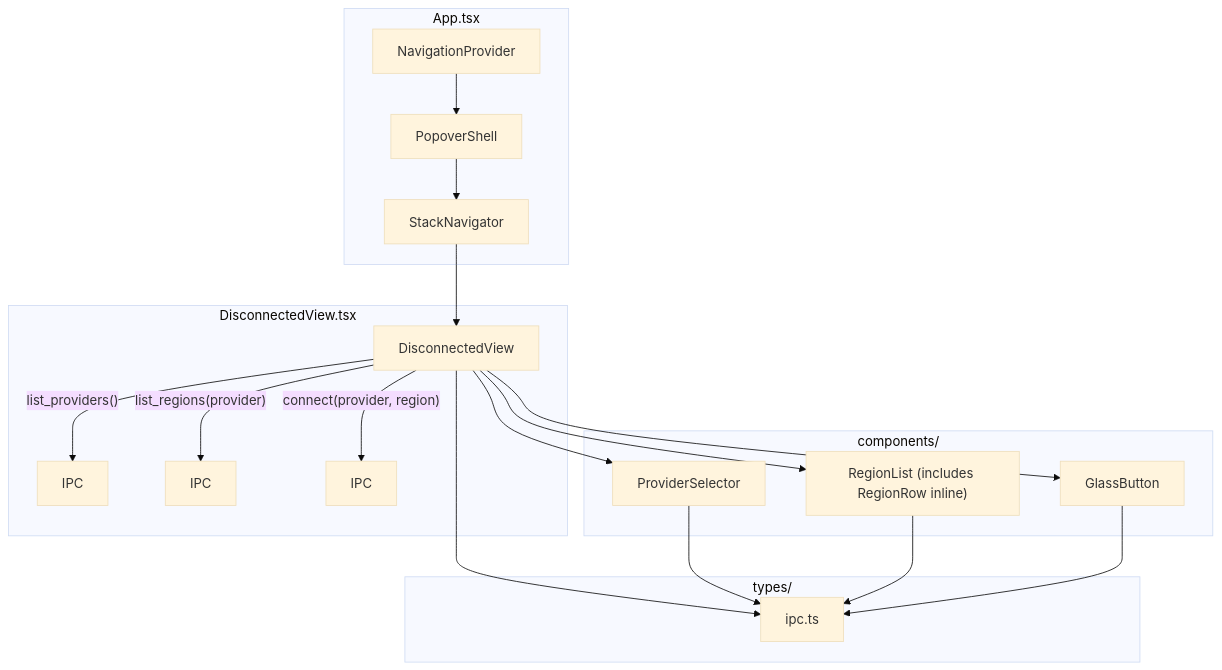
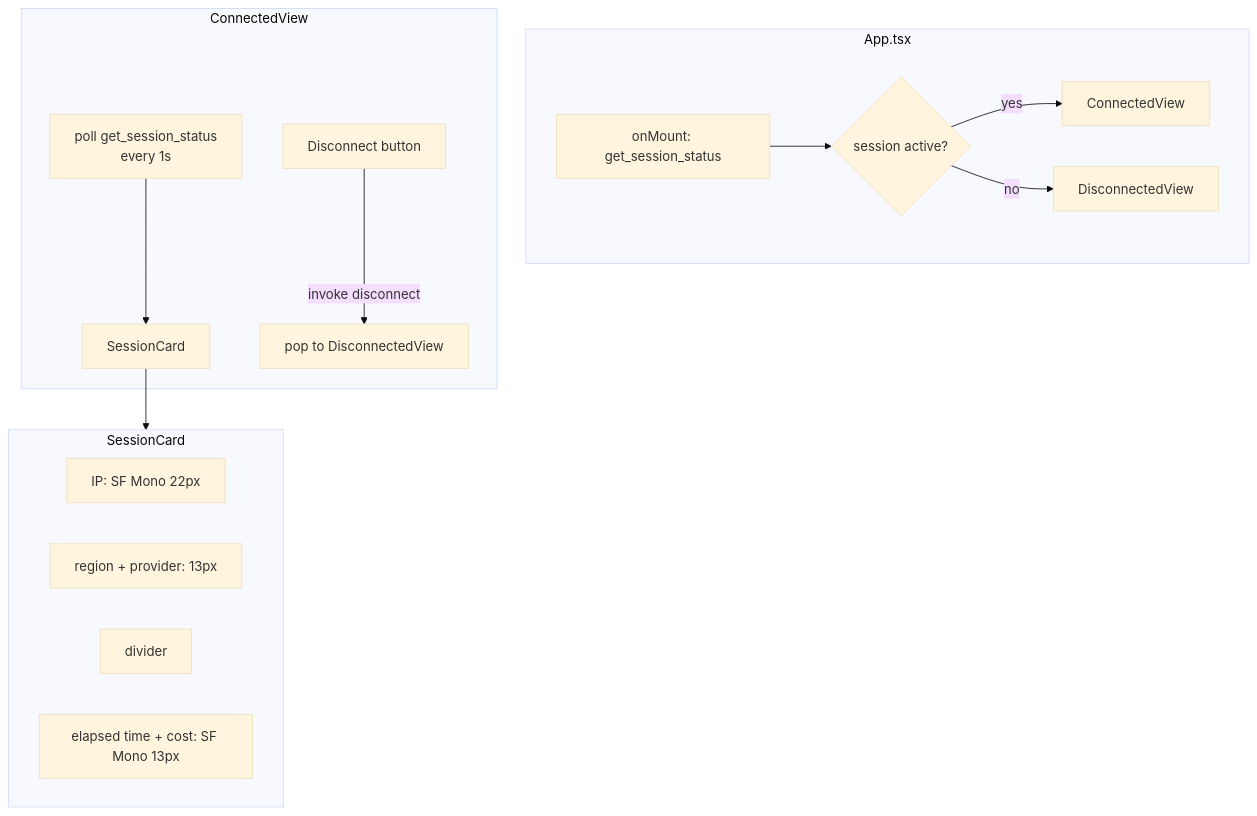
The diagram in PLAN.md (saemanas/oh-my-vpn), drawn with Mermaid (base theme) before and after one commit. The commit also changed other lines of this file and 12 other files, not shown here.

First line of the commit message:
feat(ui): add connected view with session card and polling (#58)

````diff
--- a/PLAN.md
+++ b/PLAN.md
@@ -60,34 +56,22 @@
 ```mermaid
 flowchart TD
-    subgraph App["App.tsx"]
-        NP[NavigationProvider]
-        PS[PopoverShell]
-        SN[StackNavigator]
+    subgraph app["App.tsx"]
+        MOUNT[onMount: get_session_status] --> CHECK{session active?}
+        CHECK -->|yes| CV[ConnectedView]
+        CHECK -->|no| DV[DisconnectedView]
     end
 
-    subgraph DisconnectedView["DisconnectedView.tsx"]
-        DV[DisconnectedView]
-        DV -->|"list_providers()"| IPC1[IPC]
-        DV -->|"list_regions(provider)"| IPC2[IPC]
-        DV -->|"connect(provider, region)"| IPC3[IPC]
+    subgraph connected["ConnectedView"]
+        POLL[poll get_session_status<br/>every 1s] --> SC[SessionCard]
+        DISC[Disconnect button] -->|invoke disconnect| BACK[pop to DisconnectedView]
     end
 
-    subgraph Components["components/"]
-        PSel[ProviderSelector]
-        RL["RegionList (includes RegionRow inline)"]
-        GB[GlassButton]
+    subgraph session_card["SessionCard"]
+        IP["IP: SF Mono 22px"]
+        META["region + provider: 13px"]
+        DIVIDER["divider"]
+        METRICS["elapsed time + cost: SF Mono 13px"]
     end
 
-    subgraph Types["types/"]
-        IT[ipc.ts]
-    end
-
-    NP --> PS --> SN --> DV
-    DV --> PSel
-    DV --> RL
-    DV --> GB
-    DV --> IT
-    PSel --> IT
-    RL --> IT
-    GB --> IT
+    SC --> session_card
 ```
````
